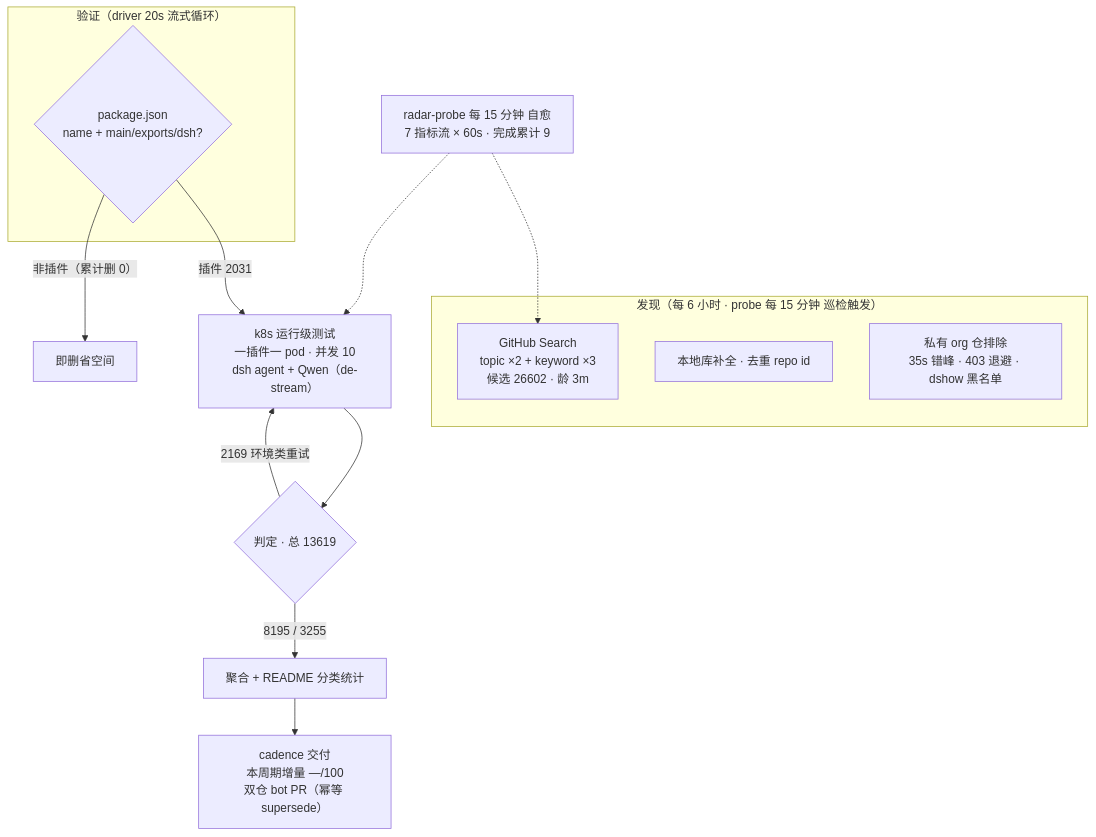
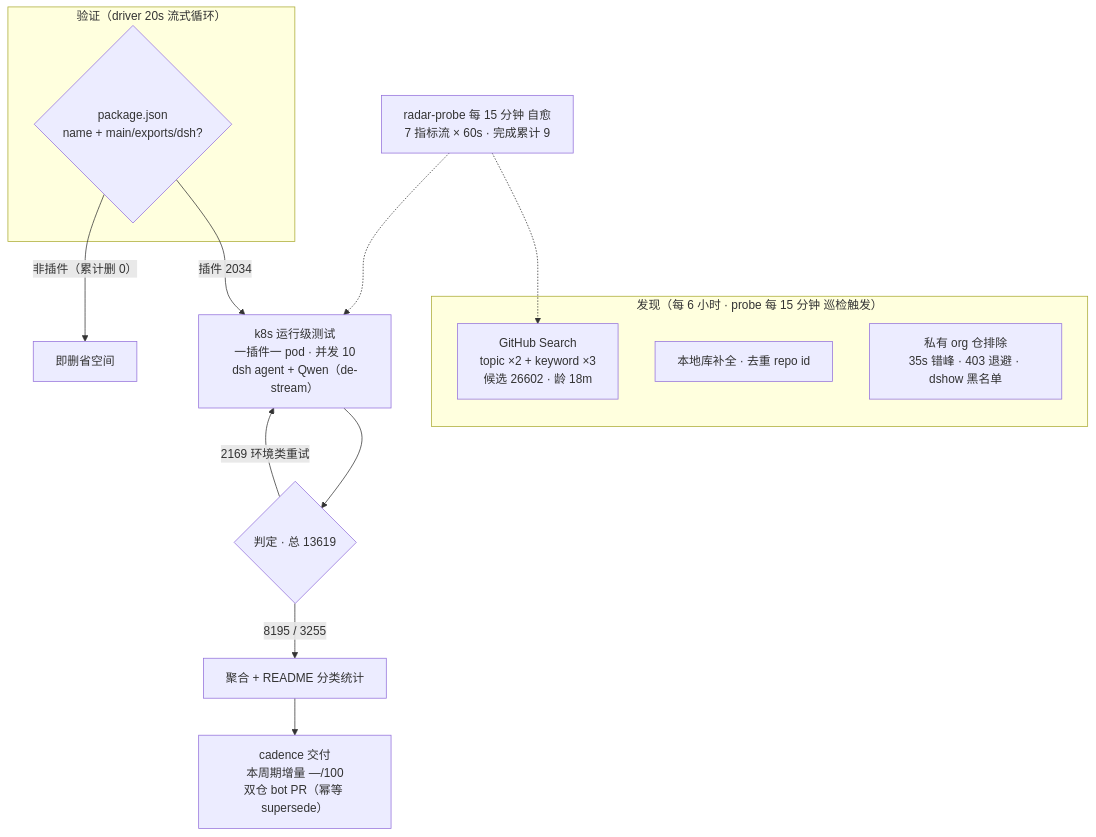
Before and after one commit to Zhidao-Lab-OSS/awesome-dsh-plugins: the diagram in README.md, drawn with Mermaid. The commit also changed other lines of this file and 1 other file, not shown here.

````diff
--- a/README.md
+++ b/README.md
@@ -54,20 +54,20 @@
 ```mermaid
 flowchart TB
     subgraph Discovery["发现（每 6 小时 · probe 每 15 分钟 巡检触发）"]
-        A1["GitHub Search<br/>topic ×2 + keyword ×3<br/>候选 26602 · 龄 3m"]
+        A1["GitHub Search<br/>topic ×2 + keyword ×3<br/>候选 26602 · 龄 18m"]
         A2["本地库补全 · 去重 repo id"]
         A3["私有 org 仓排除<br/>35s 错峰 · 403 退避 · dshow 黑名单"]
     end
     subgraph Validation["验证（driver 20s 流式循环）"]
         B1{"package.json<br/>name + main/exports/dsh?"}
     end
-    B1 -->|"插件 2031"| C1["k8s 运行级测试<br/>一插件一 pod · 并发 10<br/>dsh agent + Qwen（de-stream）"]
+    B1 -->|"插件 2034"| C1["k8s 运行级测试<br/>一插件一 pod · 并发 10<br/>dsh agent + Qwen（de-stream）"]
     B1 -->|"非插件（累计删 0）"| B3["即删省空间"]
     C1 --> D1{"判定 · 总 13619"}
     D1 -->|"8195 / 3255"| E1["聚合 + README 分类统计"]
     D1 -->|"2169 环境类重试"| C1
     E1 --> E2["cadence 交付<br/>本周期增量 —/100<br/>双仓 bot PR（幂等 supersede）"]
     M["radar-probe 每 15 分钟 自愈<br/>7 指标流 × 60s · 完成累计 9"]
     M -.-> A1
     M -.-> C1
 ```
````
